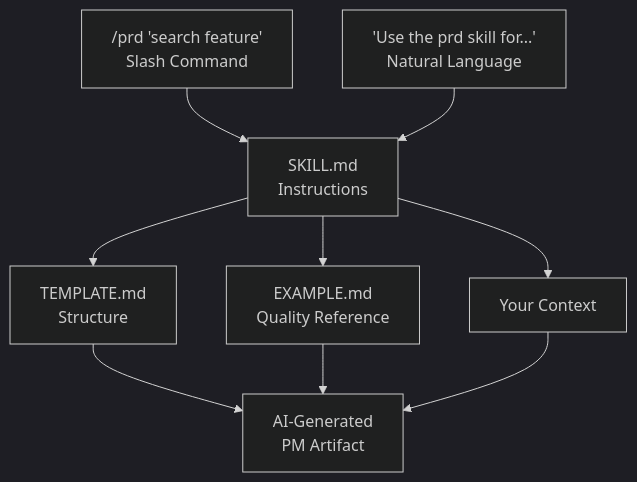
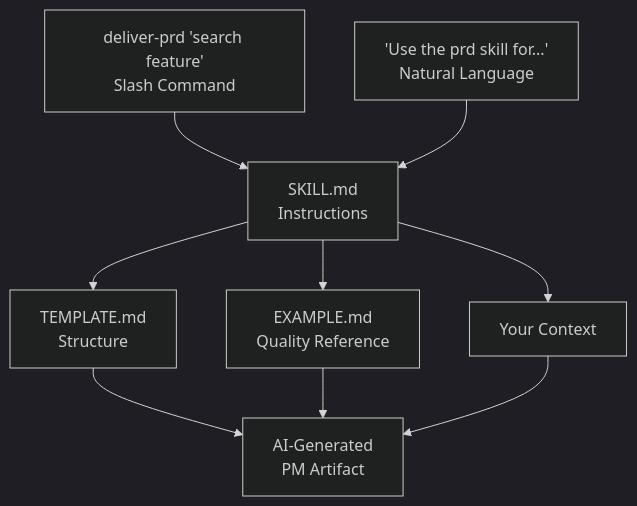
The first of 2 diagrams in docs/getting-started/index.md (product-on-purpose/pm-skills), drawn with Mermaid (dark theme) before and after one commit. The commit also changed other lines of this file and 187 other files, not shown here.

````diff
--- a/docs/getting-started/index.md
+++ b/docs/getting-started/index.md
@@ -152,11 +152,11 @@
 ```mermaid
 flowchart TD
-    A["/prd 'search feature'\nSlash Command"] --> C["SKILL.md\nInstructions"]
+    A["deliver-prd 'search feature'\nSlash Command"] --> C["SKILL.md\nInstructions"]
     B["'Use the prd skill for...'\nNatural Language"] --> C
     C --> D["TEMPLATE.md\nStructure"]
     C --> E["EXAMPLE.md\nQuality Reference"]
     C --> F["Your Context"]
     D --> G["AI-Generated\nPM Artifact"]
     E --> G
     F --> G
 ```
````
